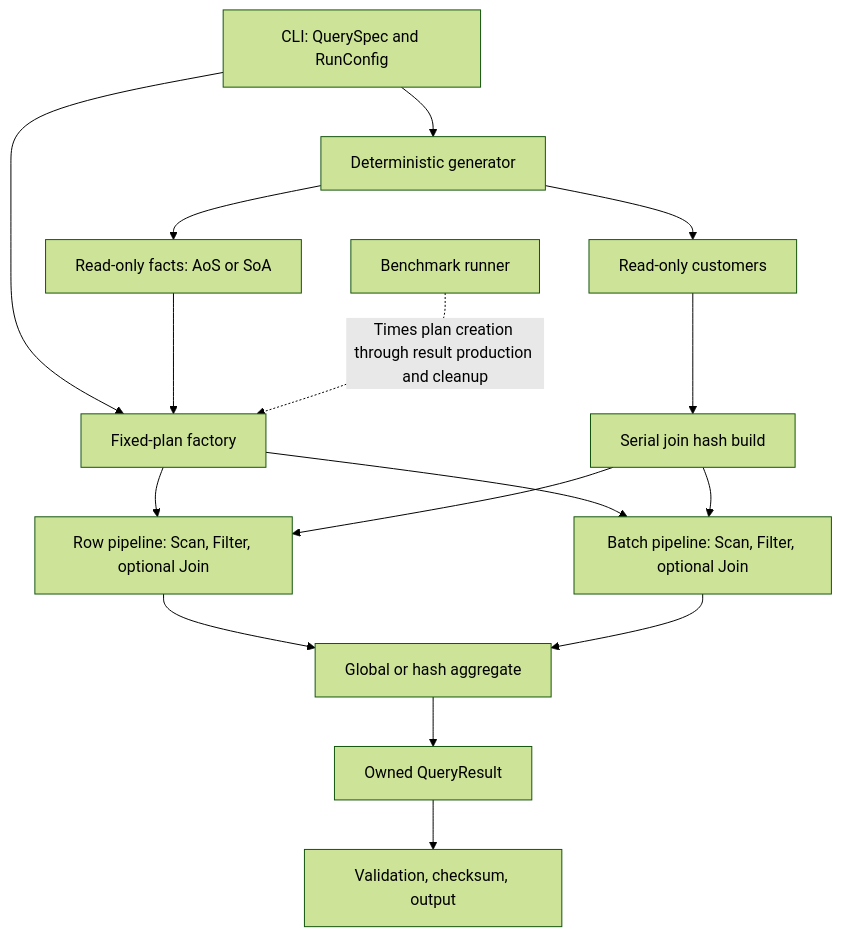
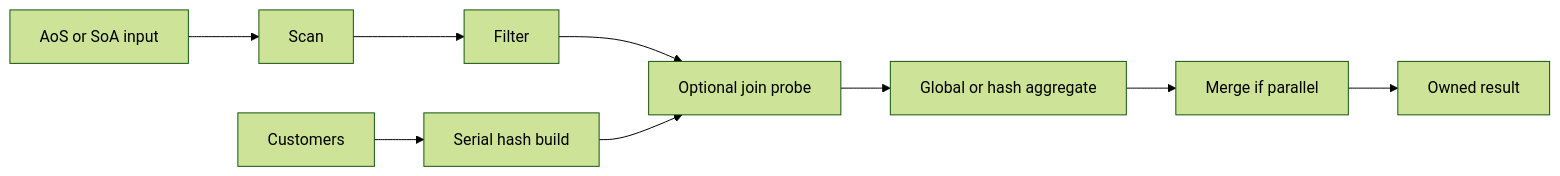
The diagram in README.md (Parkryan0128/vquery), drawn with Mermaid (forest theme) before and after one commit. The commit also changed other lines of this file and 18 other files, not shown here.

````diff
--- a/README.md
+++ b/README.md
@@ -164,18 +99,11 @@
 ```mermaid
-flowchart TD
-    CLI["CLI: QuerySpec and RunConfig"] --> GEN["Deterministic generator"]
-    GEN --> FACTS["Read-only facts: AoS or SoA"]
-    GEN --> DIM["Read-only customers"]
-    CLI --> FACTORY["Fixed-plan factory"]
-    FACTS --> FACTORY
-    FACTORY --> ROW["Row pipeline: Scan, Filter, optional Join"]
-    FACTORY --> BATCH["Batch pipeline: Scan, Filter, optional Join"]
-    DIM --> BUILD["Serial join hash build"]
-    BUILD --> ROW
-    BUILD --> BATCH
-    ROW --> AGG["Global or hash aggregate"]
-    BATCH --> AGG
-    AGG --> RESULT["Owned QueryResult"]
-    RESULT --> CHECK["Validation, checksum, output"]
-    BENCH["Benchmark runner"] -. "Times plan creation through result production and cleanup" .-> FACTORY
+flowchart LR
+    Input["AoS or SoA input"] --> Scan
+    Customers --> Build["Serial hash build"]
+    Scan --> Filter
+    Filter --> Probe["Optional join probe"]
+    Build --> Probe
+    Probe --> Aggregate["Global or hash aggregate"]
+    Aggregate --> Merge["Merge if parallel"]
+    Merge --> Result["Owned result"]
 ```
````
